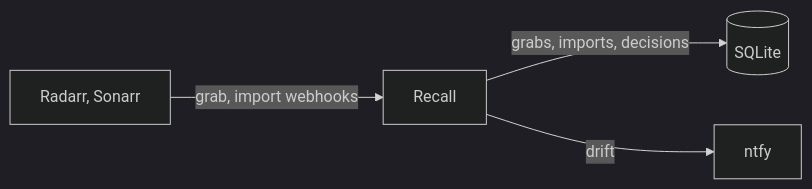
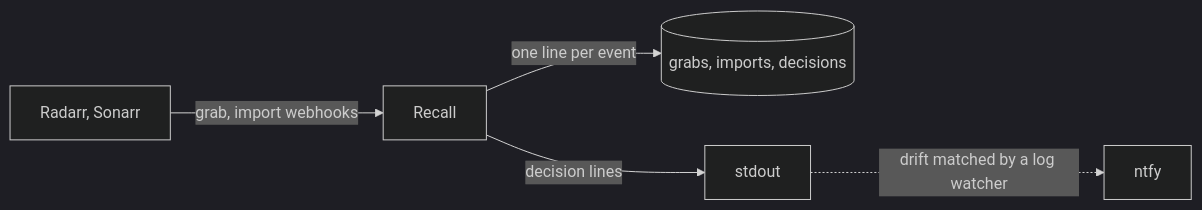
Before and after one commit to santiagosayshey/recall: the diagram in docs/design.md, drawn with Mermaid (dark theme). The commit also changed other lines of this file and 4 other files, not shown here.

Commit message:
drop ntfy and sqlite: files and a log watcher instead

````diff
--- a/docs/design.md
+++ b/docs/design.md
@@ -13,6 +13,7 @@
 ```mermaid
 flowchart LR
     arr["Radarr, Sonarr"] -->|grab, import webhooks| recall[Recall]
-    recall -->|grabs, imports, decisions| db[(SQLite)]
-    recall -->|drift| ntfy[ntfy]
+    recall -->|one line per event| files[(grabs, imports, decisions)]
+    recall -->|decision lines| stdout[stdout]
+    stdout -.->|drift matched by a log watcher| ntfy[ntfy]
 ```
````
